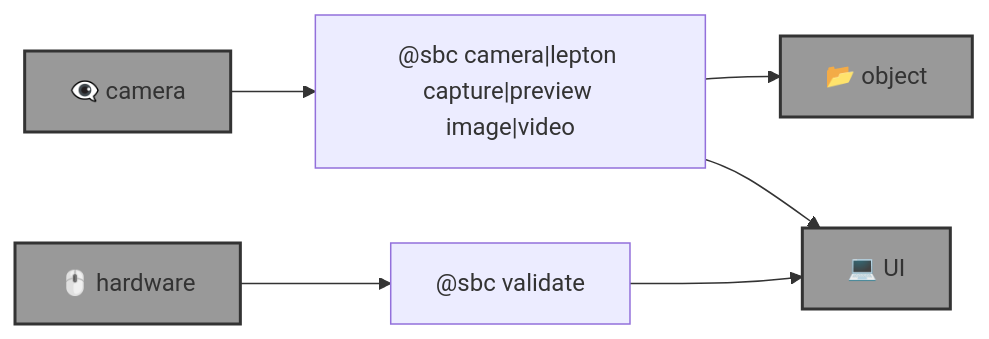
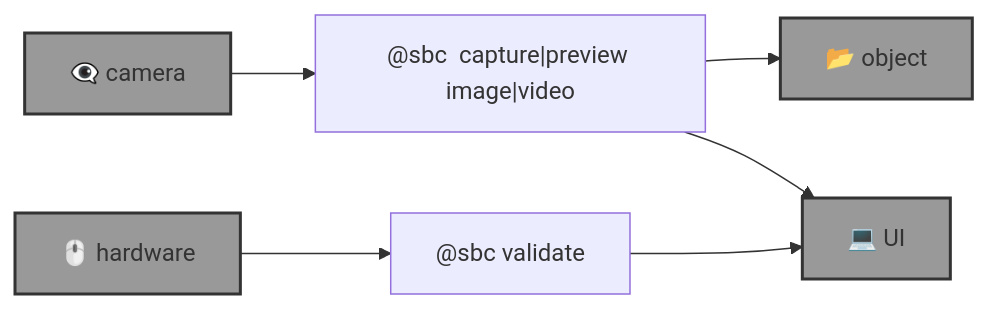
Before and after one commit to kamangir/eye: the diagram in template.md, drawn with Mermaid. The commit also changed 2 other files, not shown here.

Commit message:
++ - kamangir/bolt#746

````diff
--- a/template.md
+++ b/template.md
@@ -11,20 +11,20 @@
 ```mermaid
 graph LR
-    camera["@sbc camera|lepton capture|preview image|video"]
+    camera["@sbc <camera> capture|preview image|video"]
 
     hardware_validate["@sbc <hardware> validate <options>"]
 
     object["📂 object"]:::folder
     camera_hardware["👁️‍🗨️ camera"]:::folder
     hardware["🖱️ hardware"]:::folder
     UI["💻 UI"]:::folder
 
     camera_hardware --> camera
     camera --> object
     camera --> UI
 
     hardware --> hardware_validate
     hardware_validate --> UI
 
     classDef folder fill:#999,stroke:#333,stroke-width:2px;
 ```
````
